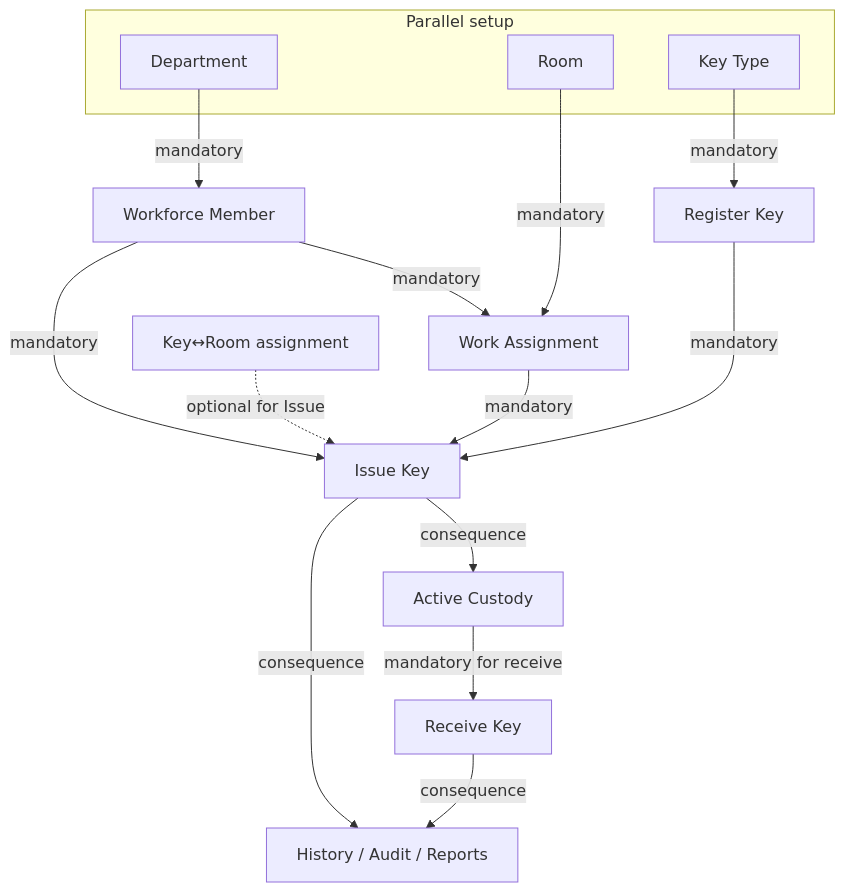
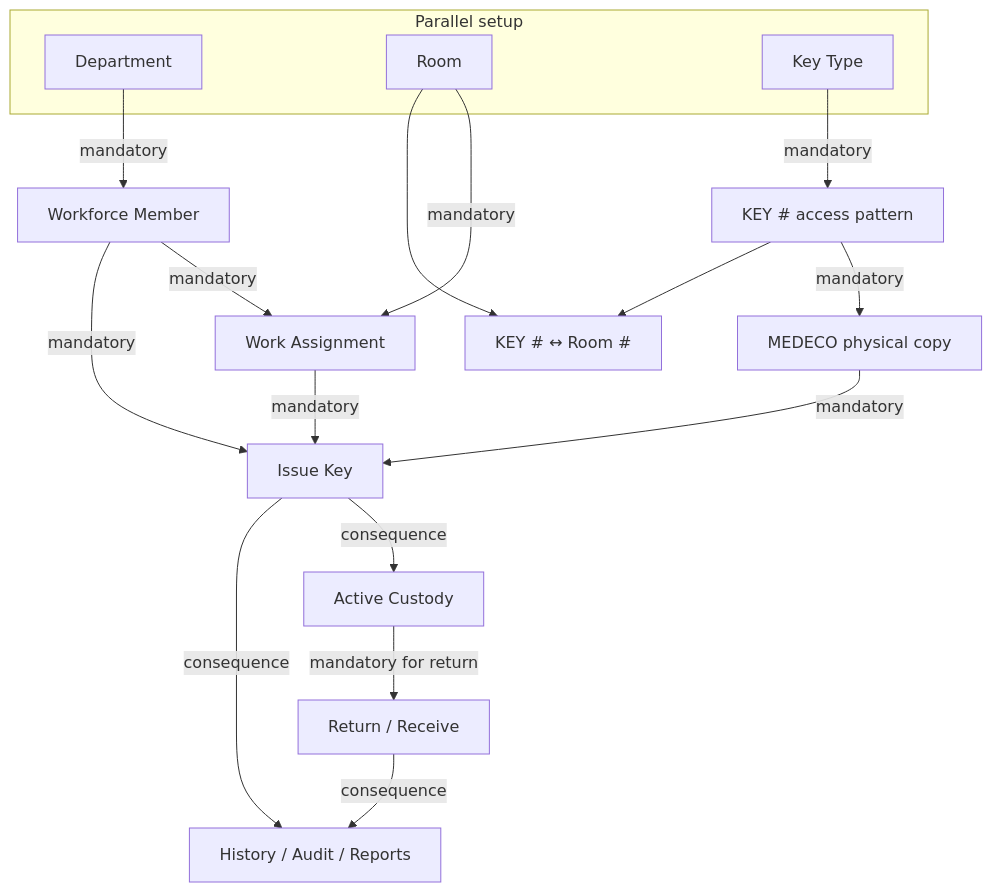
One commit to bobtenfour/keys changed the first of 2 diagrams in documentation/operator/keyinventory-operator-guide.md. Above: the diagram before and after it, drawn with Mermaid. The commit also changed other lines of this file and 110 other files, not shown here.

Commit message:
Implement and accept KEY-ACCESS-COPY-1

````diff
--- a/documentation/operator/keyinventory-operator-guide.md
+++ b/documentation/operator/keyinventory-operator-guide.md
@@ -30,30 +50,33 @@
 ```mermaid
 flowchart TB
   subgraph parallel ["Parallel setup"]
     D[Department]
     R[Room]
     KT[Key Type]
   end
 
   WM[Workforce Member]
   WA[Work Assignment]
-  KEY[Register Key]
-  KR[Key↔Room assignment]
+  KN[KEY # access pattern]
+  KR[KEY # ↔ Room #]
+  COPY[MEDECO physical copy]
   ISSUE[Issue Key]
   ACTIVE[Active Custody]
-  RECV[Receive Key]
+  RECV[Return / Receive]
   HIST[History / Audit / Reports]
 
   D -->|mandatory| WM
   R -->|mandatory| WA
   WM -->|mandatory| WA
-  KT -->|mandatory| KEY
+  KT -->|mandatory| KN
+  KN -->|mandatory| COPY
+  KN --> KR
+  R --> KR
   WM -->|mandatory| ISSUE
   WA -->|mandatory| ISSUE
-  KEY -->|mandatory| ISSUE
-  KR -.->|optional for Issue| ISSUE
+  COPY -->|mandatory| ISSUE
   ISSUE -->|consequence| ACTIVE
-  ACTIVE -->|mandatory for receive| RECV
+  ACTIVE -->|mandatory for return| RECV
   ISSUE -->|consequence| HIST
   RECV -->|consequence| HIST
 ```
````
